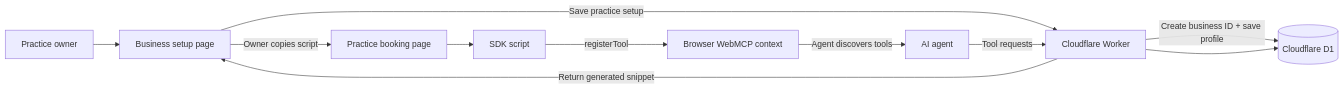
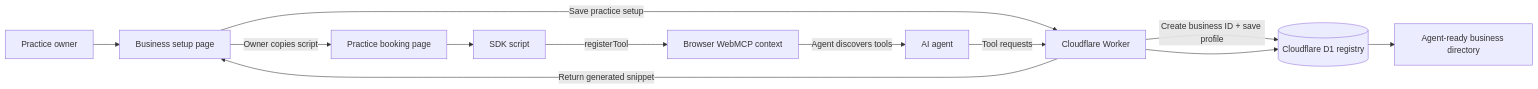
One commit to faiz121/openslot-webmcp changed the first of 5 diagrams in README.md. Above: the diagram before and after it, drawn with Mermaid. The commit also changed other lines of this file and 1 other file, not shown here.

Commit message:
Harden tenant scoping and explain platform architecture

````diff
--- a/README.md
+++ b/README.md
@@ -25,13 +29,14 @@
 ```mermaid
 flowchart LR
     Owner[Practice owner] --> Setup[Business setup page]
     Setup -->|Save practice setup| Worker[Cloudflare Worker]
-    Worker -->|Create business ID + save profile| D1[(Cloudflare D1)]
+    Worker -->|Create business ID + save profile| D1[(Cloudflare D1 registry)]
     Worker -->|Return generated snippet| Setup
     Setup -->|Owner copies script| Site[Practice booking page]
     Site --> SDK[SDK script]
     SDK -->|registerTool| Context[Browser WebMCP context]
     Context -->|Agent discovers tools| Agent[AI agent]
     Agent -->|Tool requests| Worker
     Worker --> D1
+    D1 --> Directory[Agent-ready business directory]
 ```
````
